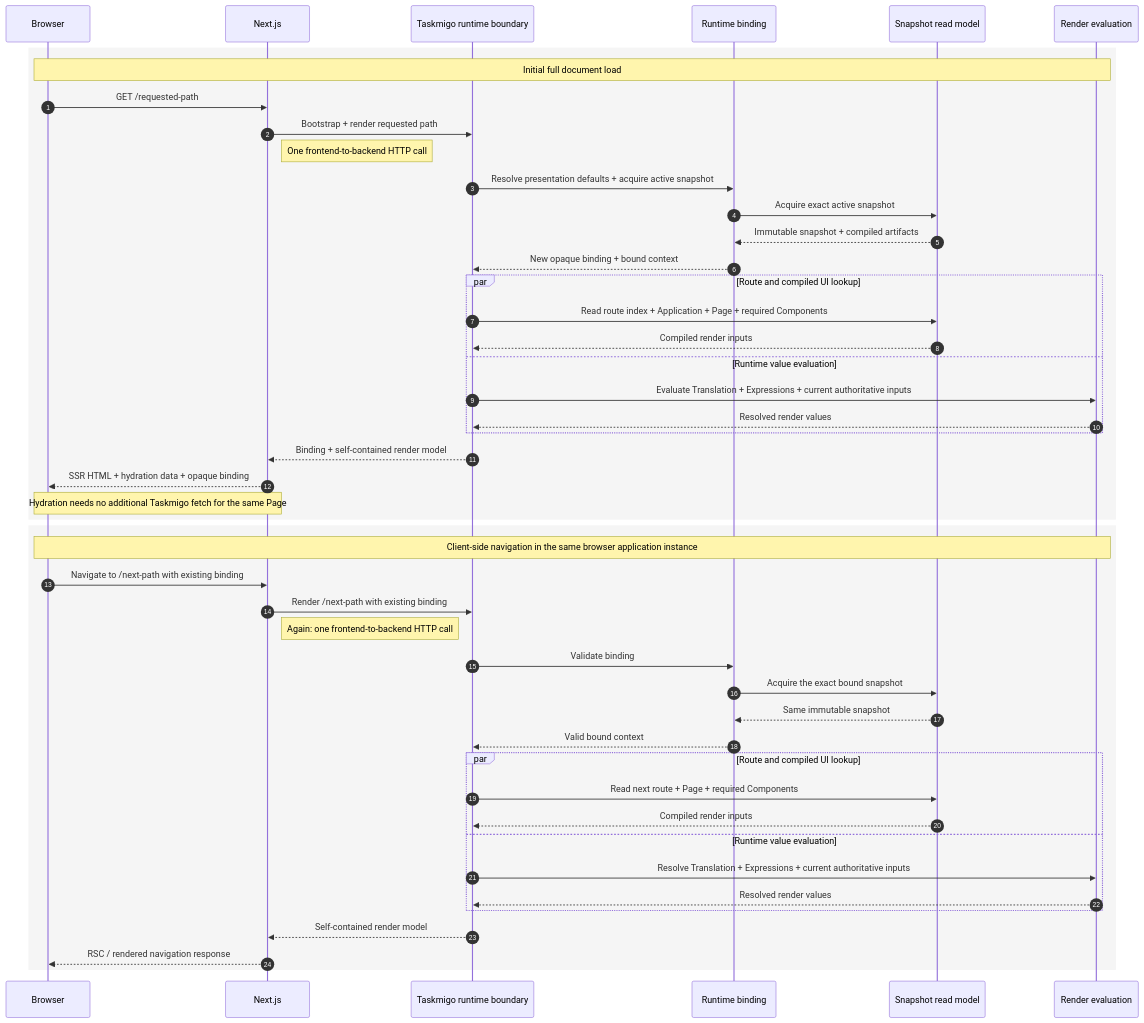
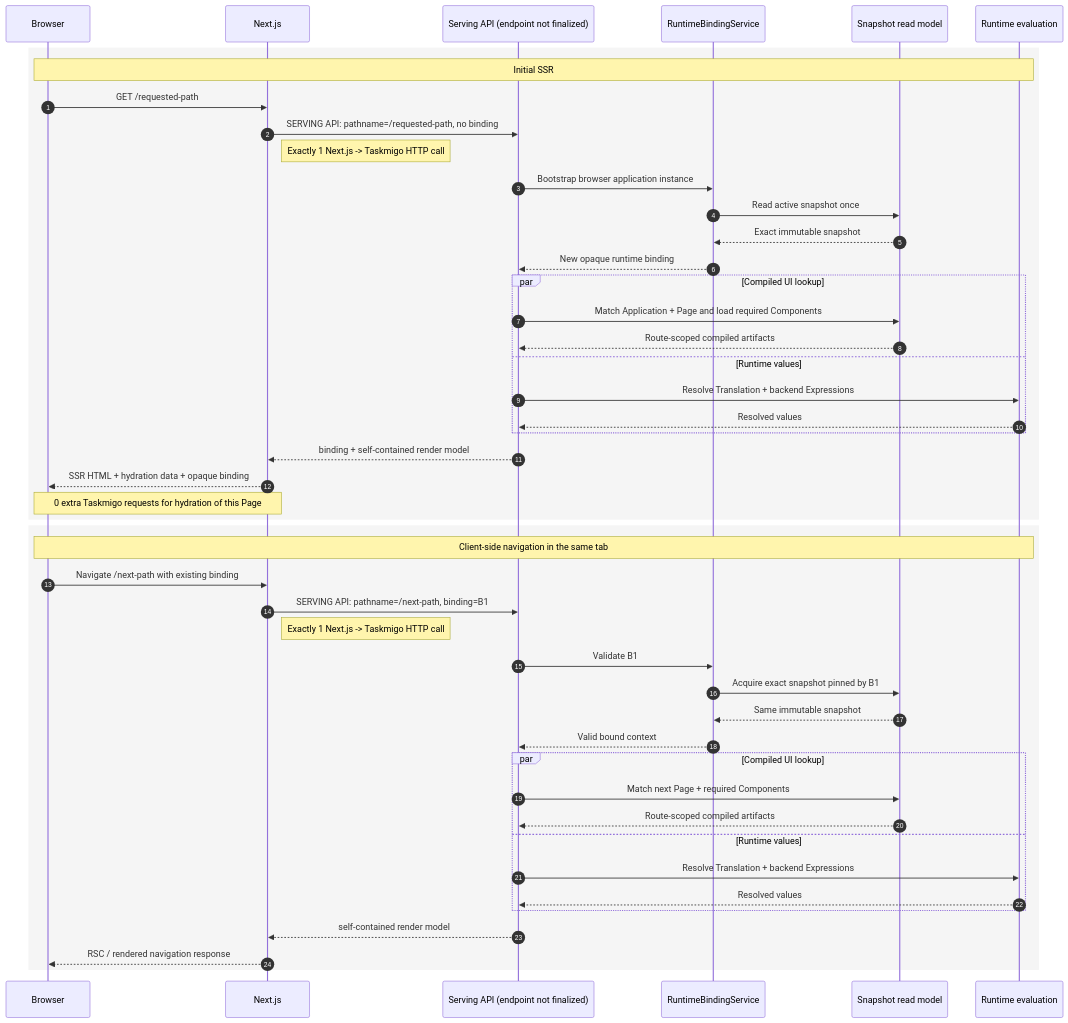
The fourth of 6 diagrams in content/versions/v0/manuals/runtime.mdx (taskmigo/docs), drawn with Mermaid before and after one commit. The commit also changed other lines of this file, not shown here.

Commit message:
docs: show concrete API calls in runtime render flow (#32)

````diff
--- a/content/versions/v0/manuals/runtime.mdx
+++ b/content/versions/v0/manuals/runtime.mdx
@@ -82,57 +124,57 @@
 ```mermaid
 sequenceDiagram
   autonumber
   participant B as Browser
   participant N as Next.js
-  participant R as Taskmigo runtime boundary
-  participant Bind as Runtime binding
+  participant S as Serving API (endpoint not finalized)
+  participant Bind as RuntimeBindingService
   participant Snap as Snapshot read model
-  participant Eval as Render evaluation
+  participant Eval as Runtime evaluation
 
   rect rgb(245, 245, 245)
-    Note over B,Eval: Initial full document load
+    Note over B,Eval: Initial SSR
     B->>N: GET /requested-path
-    N->>R: Bootstrap + render requested path
-    Note right of N: One frontend-to-backend HTTP call
+    N->>S: SERVING API: pathname=/requested-path, no binding
+    Note right of N: Exactly 1 Next.js -> Taskmigo HTTP call
 
-    R->>Bind: Resolve presentation defaults + acquire active snapshot
-    Bind->>Snap: Acquire exact active snapshot
-    Snap-->>Bind: Immutable snapshot + compiled artifacts
-    Bind-->>R: New opaque binding + bound context
+    S->>Bind: Bootstrap browser application instance
+    Bind->>Snap: Read active snapshot once
+    Snap-->>Bind: Exact immutable snapshot
+    Bind-->>S: New opaque runtime binding
 
-    par Route and compiled UI lookup
-      R->>Snap: Read route index + Application + Page + required Components
-      Snap-->>R: Compiled render inputs
-    and Runtime value evaluation
-      R->>Eval: Evaluate Translation + Expressions + current authoritative inputs
-      Eval-->>R: Resolved render values
+    par Compiled UI lookup
+      S->>Snap: Match Application + Page and load required Components
+      Snap-->>S: Route-scoped compiled artifacts
+    and Runtime values
+      S->>Eval: Resolve Translation + backend Expressions
+      Eval-->>S: Resolved values
     end
 
-    R-->>N: Binding + self-contained render model
+    S-->>N: binding + self-contained render model
     N-->>B: SSR HTML + hydration data + opaque binding
-    Note over B,N: Hydration needs no additional Taskmigo fetch for the same Page
+    Note over B,N: 0 extra Taskmigo requests for hydration of this Page
   end
 
   rect rgb(245, 245, 245)
-    Note over B,Eval: Client-side navigation in the same browser application instance
-    B->>N: Navigate to /next-path with existing binding
-    N->>R: Render /next-path with existing binding
-    Note right of N: Again: one frontend-to-backend HTTP call
+    Note over B,Eval: Client-side navigation in the same tab
+    B->>N: Navigate /next-path with existing binding
+    N->>S: SERVING API: pathname=/next-path, binding=B1
+    Note right of N: Exactly 1 Next.js -> Taskmigo HTTP call
 
-    R->>Bind: Validate binding
-    Bind->>Snap: Acquire the exact bound snapshot
+    S->>Bind: Validate B1
+    Bind->>Snap: Acquire exact snapshot pinned by B1
     Snap-->>Bind: Same immutable snapshot
-    Bind-->>R: Valid bound context
+    Bind-->>S: Valid bound context
 
-    par Route and compiled UI lookup
-      R->>Snap: Read next route + Page + required Components
-      Snap-->>R: Compiled render inputs
-    and Runtime value evaluation
-      R->>Eval: Resolve Translation + Expressions + current authoritative inputs
-      Eval-->>R: Resolved render values
+    par Compiled UI lookup
+      S->>Snap: Match next Page + required Components
+      Snap-->>S: Route-scoped compiled artifacts
+    and Runtime values
+      S->>Eval: Resolve Translation + backend Expressions
+      Eval-->>S: Resolved values
     end
 
-    R-->>N: Self-contained render model
+    S-->>N: self-contained render model
     N-->>B: RSC / rendered navigation response
   end
 ```
````
